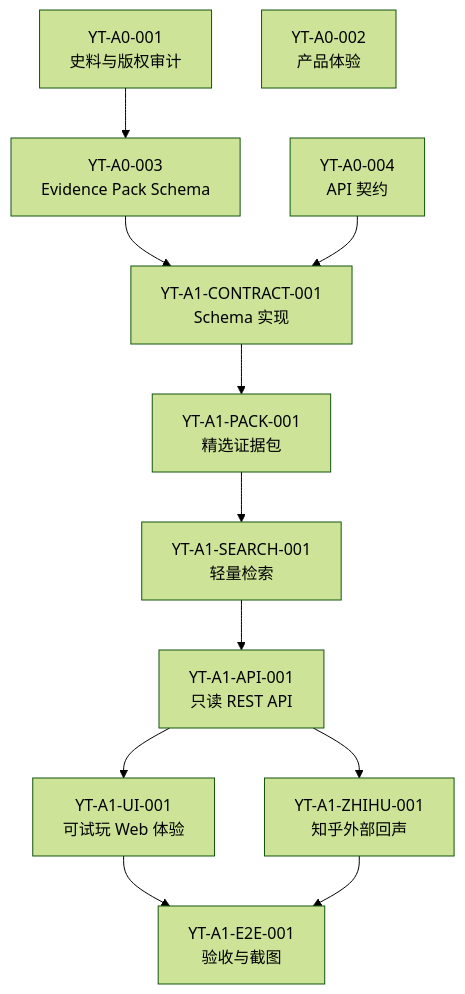
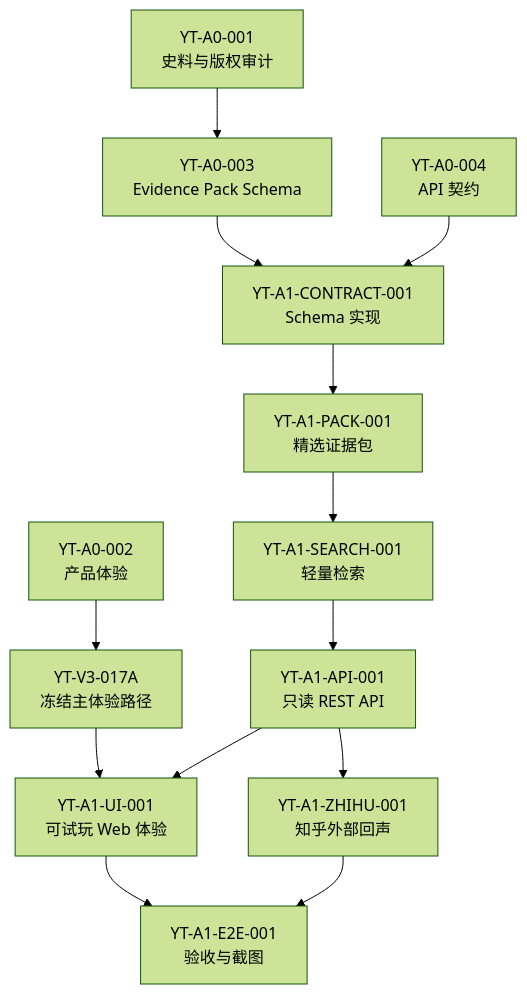
One commit to baijianqing/yantie-history changed the diagram in docs/YANTIE_TASK_BREAKDOWN.md. Above: the diagram before and after it, drawn with Mermaid (forest theme). The commit also changed other lines of this file and 1 other file, not shown here.

Commit message:
docs: refine yantie experience architecture

````diff
--- a/docs/YANTIE_TASK_BREAKDOWN.md
+++ b/docs/YANTIE_TASK_BREAKDOWN.md
@@ -24,14 +24,16 @@
 ```mermaid
 flowchart TB
     A001["YT-A0-001<br/>史料与版权审计"] --> A003["YT-A0-003<br/>Evidence Pack Schema"]
     A002["YT-A0-002<br/>产品体验"]
     A003 --> C001["YT-A1-CONTRACT-001<br/>Schema 实现"]
     A004["YT-A0-004<br/>API 契约"] --> C001
     C001 --> P001["YT-A1-PACK-001<br/>精选证据包"]
     P001 --> S001["YT-A1-SEARCH-001<br/>轻量检索"]
     S001 --> API001["YT-A1-API-001<br/>只读 REST API"]
     API001 --> UI001["YT-A1-UI-001<br/>可试玩 Web 体验"]
     API001 --> ZH001["YT-A1-ZHIHU-001<br/>知乎外部回声"]
     UI001 --> E2E001["YT-A1-E2E-001<br/>验收与截图"]
     ZH001 --> E2E001
+    A002 --> V3017A["YT-V3-017A<br/>冻结主体验路径"]
+    V3017A --> UI001
 ```
````
